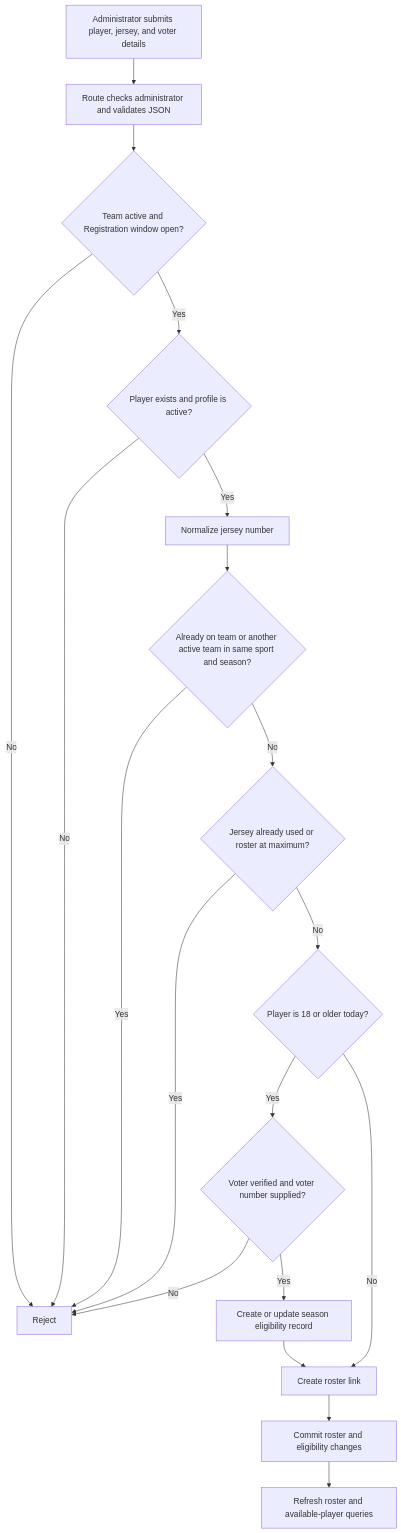
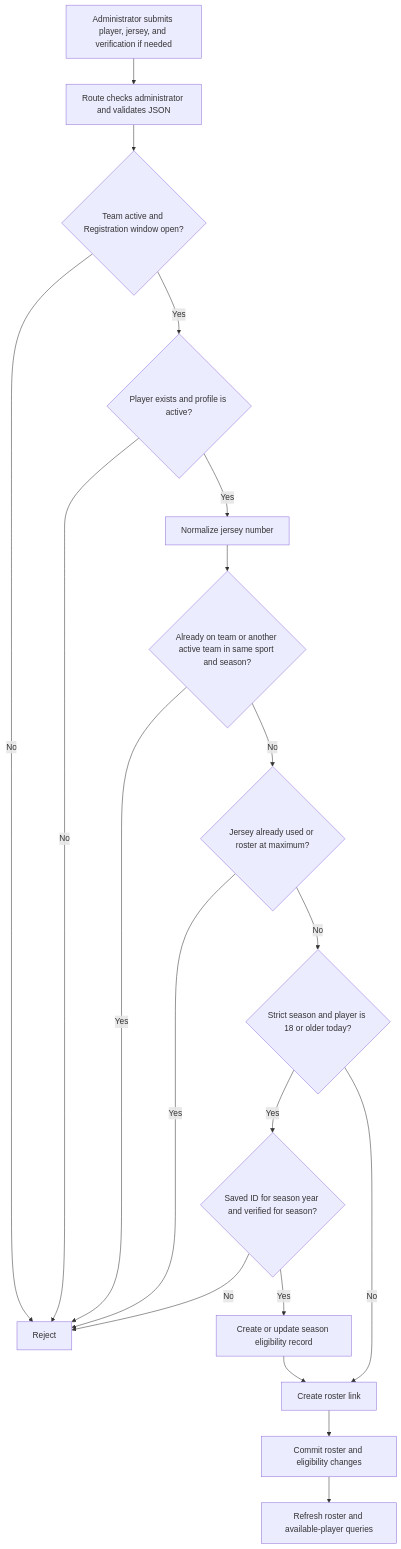
Before and after one commit to inamonanymous/BarangayLeagueSystem: diagram 13 of 19 in docs/diagrams/system-feature-flowcharts.md, drawn with Mermaid. The commit also changed other lines of this file and 46 other files, not shown here.

First line of the commit message:
feat: add season voter rules, year-specific voter IDs and UI navigation updates

````diff
--- a/docs/diagrams/system-feature-flowcharts.md
+++ b/docs/diagrams/system-feature-flowcharts.md
@@ -303,21 +303,21 @@
 ```mermaid
 flowchart TD
-    A["Administrator submits player, jersey, and voter details"] --> B["Route checks administrator and validates JSON"]
+    A["Administrator submits player, jersey, and verification if needed"] --> B["Route checks administrator and validates JSON"]
     B --> C{"Team active and Registration window open?"}
     C -->|"No"| X["Reject"]
     C -->|"Yes"| D{"Player exists and profile is active?"}
     D -->|"No"| X
     D -->|"Yes"| E["Normalize jersey number"]
     E --> F{"Already on team or another active team in same sport and season?"}
     F -->|"Yes"| X
     F -->|"No"| G{"Jersey already used or roster at maximum?"}
     G -->|"Yes"| X
-    G -->|"No"| H{"Player is 18 or older today?"}
-    H -->|"Yes"| I{"Voter verified and voter number supplied?"}
+    G -->|"No"| H{"Strict season and player is 18 or older today?"}
+    H -->|"Yes"| I{"Saved ID for season year and verified for season?"}
     I -->|"No"| X
     I -->|"Yes"| J["Create or update season eligibility record"]
     H -->|"No"| K["Create roster link"]
     J --> K
     K --> L["Commit roster and eligibility changes"]
     L --> M["Refresh roster and available-player queries"]
 ```
````
